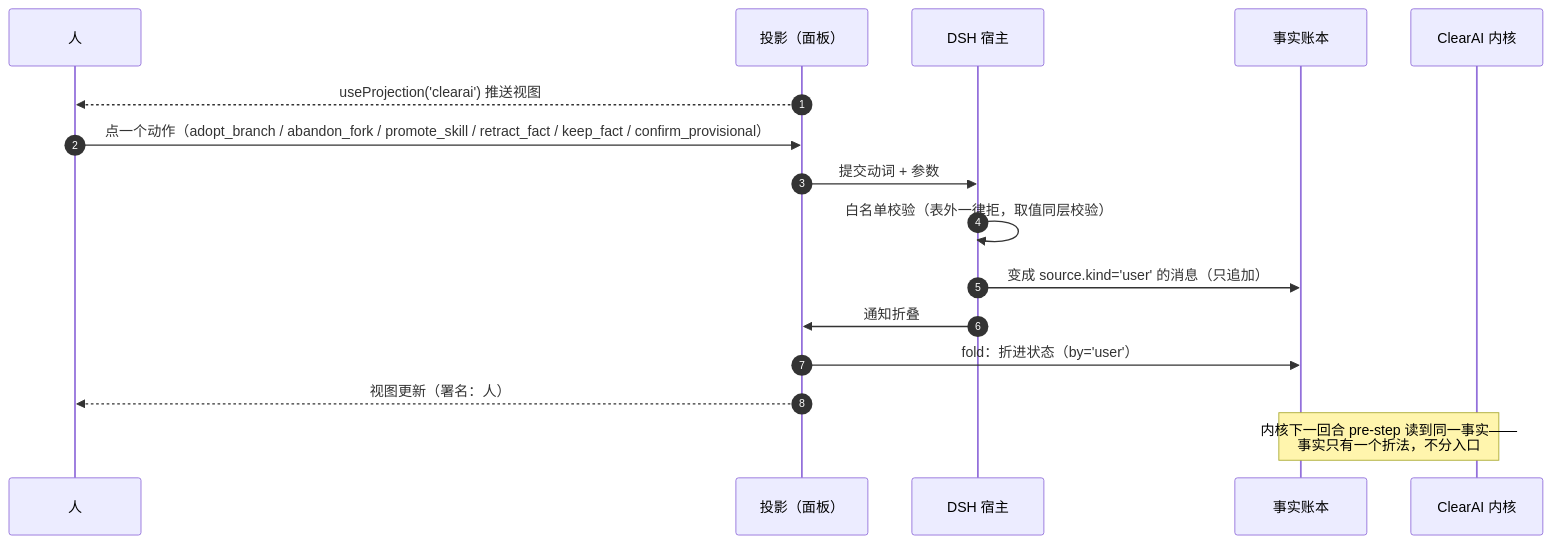
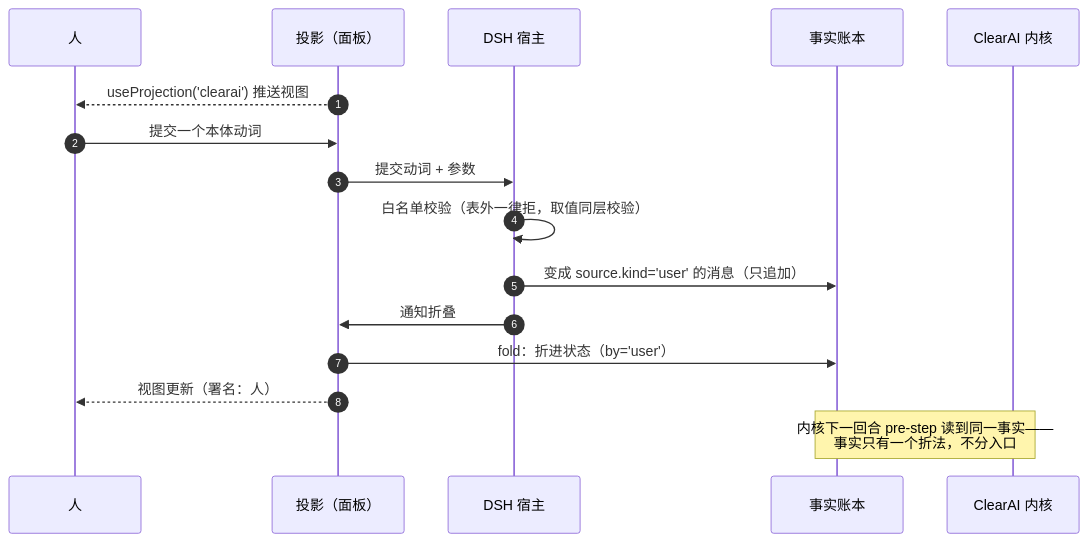
Before and after one commit to Clearailhc/clearai-dsh: the eighth of 8 diagrams in docs/optimization/timing-diagrams.zh-CN.md, drawn with Mermaid. The commit also changed other lines of this file and 42 other files, not shown here.

````diff
--- a/docs/optimization/timing-diagrams.zh-CN.md
+++ b/docs/optimization/timing-diagrams.zh-CN.md
@@ -274,19 +296,19 @@
 ```mermaid
 sequenceDiagram
     autonumber
     participant H as 人
     participant P as 投影（面板）
     participant D as DSH 宿主
     participant L as 事实账本
     participant K as ClearAI 内核
 
     P-->>H: useProjection('clearai') 推送视图
-    H->>P: 点一个动作（adopt_branch / abandon_fork / promote_skill / retract_fact / keep_fact / confirm_provisional）
+    H->>P: 提交一个本体动词
     P->>D: 提交动词 + 参数
     D->>D: 白名单校验（表外一律拒，取值同层校验）
     D->>L: 变成 source.kind='user' 的消息（只追加）
     D->>P: 通知折叠
     P->>L: fold：折进状态（by='user'）
     P-->>H: 视图更新（署名：人）
     Note over K,L: 内核下一回合 pre-step 读到同一事实——<br/>事实只有一个折法，不分入口
 ```
````
